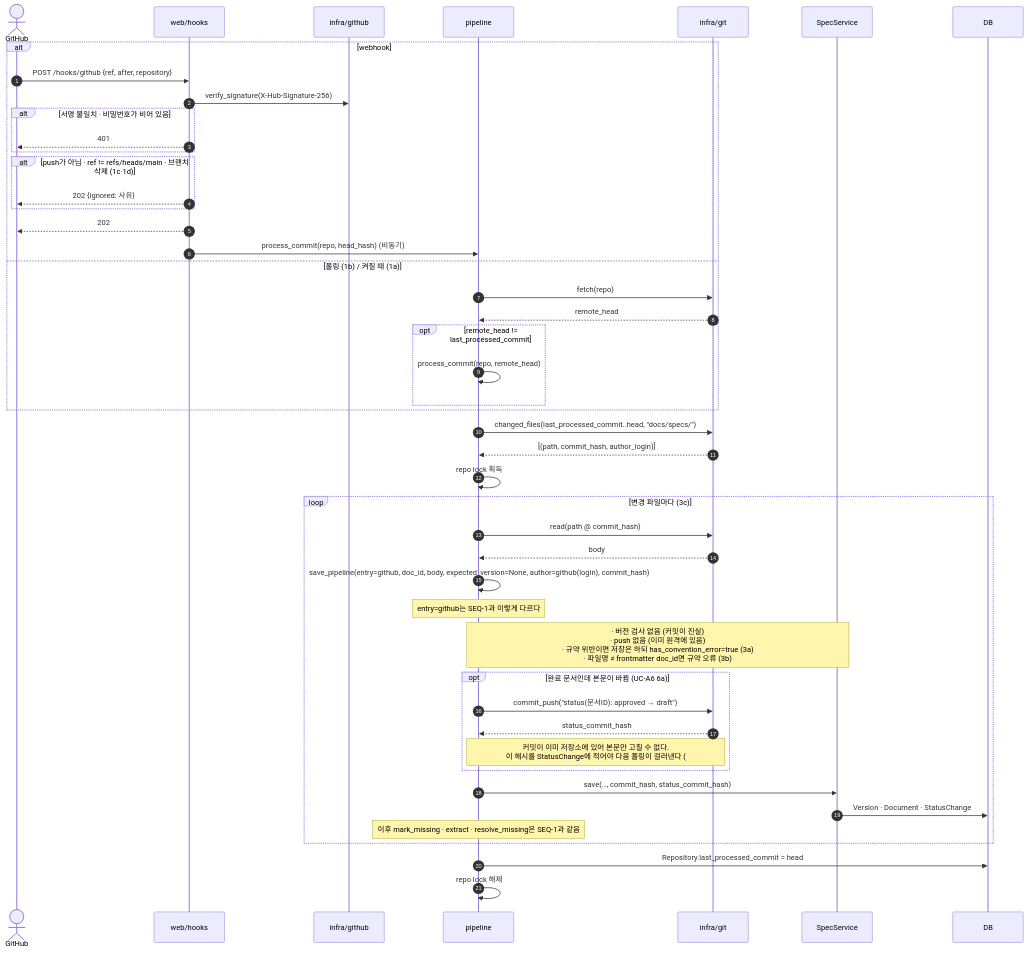
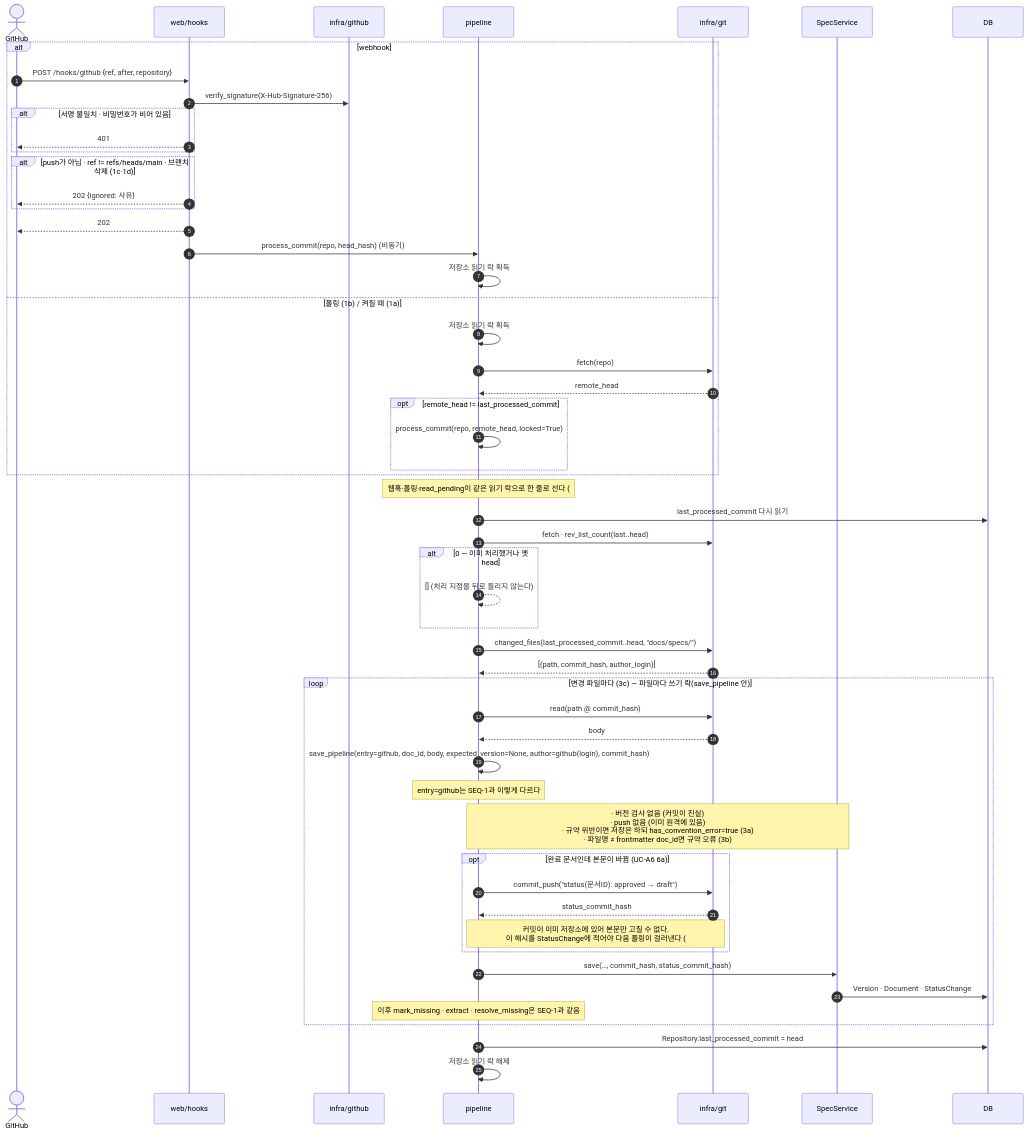
The second of 23 diagrams in docs/specs/09-SEQ/SYNC-SEQ-001.md (HoyoungParkme/syncdoc), drawn with Mermaid before and after one commit. The commit also changed other lines of this file, not shown here.

Commit message:
spec(SYNC-SEQ-001): SEQ-2 — 저장소 읽기 락을 fetch 앞으로, 처리 지점 다시 읽기·뒤로 안 감 (#194)

````diff
--- a/docs/specs/09-SEQ/SYNC-SEQ-001.md
+++ b/docs/specs/09-SEQ/SYNC-SEQ-001.md
@@ -198,51 +198,58 @@
 ```mermaid
 sequenceDiagram
     autonumber
     actor GH as GitHub
     participant H as web/hooks
     participant GHI as infra/github
     participant P as pipeline
     participant G as infra/git
     participant S as SpecService
     participant DB
 
     alt webhook
         GH->>H: POST /hooks/github {ref, after, repository}
         H->>GHI: verify_signature(X-Hub-Signature-256)
         alt 서명 불일치 · 비밀번호가 비어 있음
             H-->>GH: 401
         end
         alt push가 아님 · ref != refs/heads/main · 브랜치 삭제 (1c·1d)
             H-->>GH: 202 {ignored: 사유}
         end
         H-->>GH: 202
         H->>P: process_commit(repo, head_hash) (비동기)
+        P->>P: 저장소 읽기 락 획득
     else 폴링 (1b) / 켜질 때 (1a)
+        P->>P: 저장소 읽기 락 획득
         P->>G: fetch(repo)
         G-->>P: remote_head
         opt remote_head != last_processed_commit
-            P->>P: process_commit(repo, remote_head)
+            P->>P: process_commit(repo, remote_head, locked=True)
         end
     end
 
+    Note over P: 웹훅·폴링·read_pending이 같은 읽기 락으로 한 줄로 선다 (#194)
+    P->>DB: last_processed_commit 다시 읽기
+    P->>G: fetch · rev_list_count(last..head)
+    alt 0 — 이미 처리했거나 옛 head
+        P-->>P: [] (처리 지점을 뒤로 돌리지 않는다)
+    end
     P->>G: changed_files(last_processed_commit..head, "docs/specs/")
     G-->>P: [(path, commit_hash, author_login)]
-    P->>P: repo lock 획득
-    loop 변경 파일마다 (3c)
+    loop 변경 파일마다 (3c) — 파일마다 쓰기 락(save_pipeline 안)
         P->>G: read(path @ commit_hash)
         G-->>P: body
         P->>P: save_pipeline(entry=github, doc_id, body, expected_version=None, author=github(login), commit_hash)
         Note over P: entry=github는 SEQ-1과 이렇게 다르다
         Note over P,S: · 버전 검사 없음 (커밋이 진실)<br/>· push 없음 (이미 원격에 있음)<br/>· 규약 위반이면 저장은 하되 has_convention_error=true (3a)<br/>· 파일명 ≠ frontmatter doc_id면 규약 오류 (3b)
         opt 완료 문서인데 본문이 바뀜 (UC-A6 6a)
             P->>G: commit_push("status(문서ID): approved → draft")
             G-->>P: status_commit_hash
             Note over P,G: 커밋이 이미 저장소에 있어 본문만 고칠 수 없다.<br/>이 해시를 StatusChange에 적어야 다음 폴링이 걸러낸다 (#58)
         end
         P->>S: save(…, commit_hash, status_commit_hash)
         S->>DB: Version · Document · StatusChange
         Note over P: 이후 mark_missing · extract · resolve_missing은 SEQ-1과 같음
     end
     P->>DB: Repository.last_processed_commit = head
-    P->>P: repo lock 해제
+    P->>P: 저장소 읽기 락 해제
 ```
````
